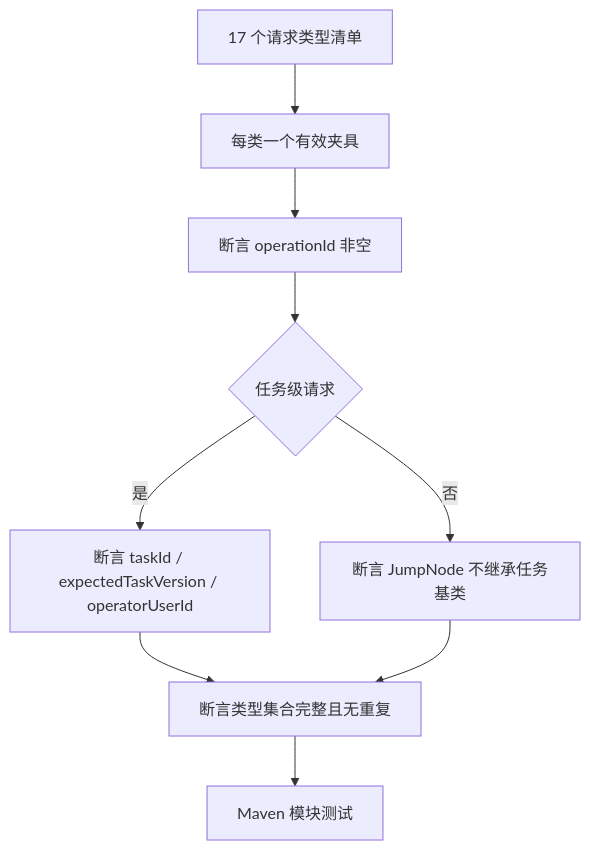
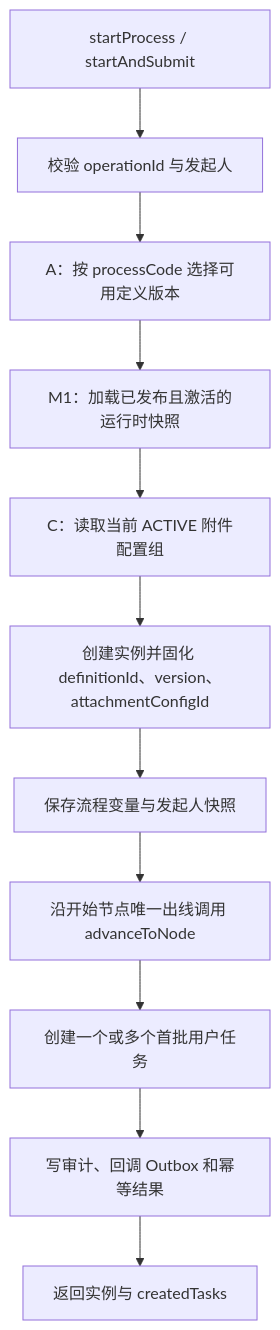
The fifth of 8 diagrams in doc/实习生B/流程平台技术文档_实习生B.md (ZQ7777777/flow-mind), drawn with Mermaid before and after one commit. The commit also changed other lines of this file, not shown here.

````diff
--- a/doc/实习生B/流程平台技术文档_实习生B.md
+++ b/doc/实习生B/流程平台技术文档_实习生B.md
@@ -212,11 +295,13 @@
 ```mermaid
 flowchart TD
-    P["17 个请求类型清单"] --> F["每类一个有效夹具"]
-    F --> O["断言 operationId 非空"]
-    O --> T{"任务级请求"}
-    T -->|"是"| V["断言 taskId / expectedTaskVersion / operatorUserId"]
-    T -->|"否"| J["断言 JumpNode 不继承任务基类"]
-    V --> U["断言类型集合完整且无重复"]
-    J --> U
-    U --> M["Maven 模块测试"]
+    S["startProcess / startAndSubmit"] --> I["校验 operationId 与发起人"]
+    I --> D["A：按 processCode 选择可用定义版本"]
+    D --> C["M1：加载已发布且激活的运行时快照"]
+    C --> A["C：读取当前 ACTIVE 附件配置组"]
+    A --> P["创建实例并固化 definitionId、version、attachmentConfigId"]
+    P --> V["保存流程变量与发起人快照"]
+    V --> N["沿开始节点唯一出线调用 advanceToNode"]
+    N --> T["创建一个或多个首批用户任务"]
+    T --> O["写审计、回调 Outbox 和幂等结果"]
+    O --> R["返回实例与 createdTasks"]
 ```
````
